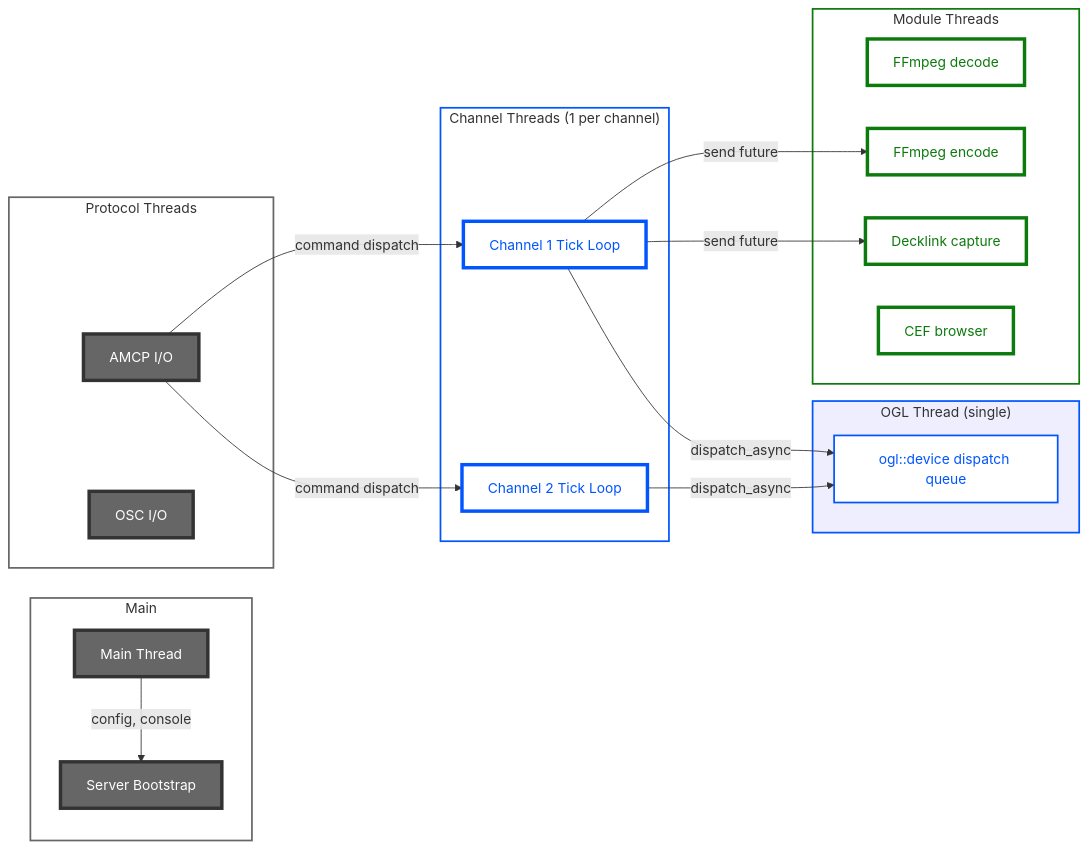
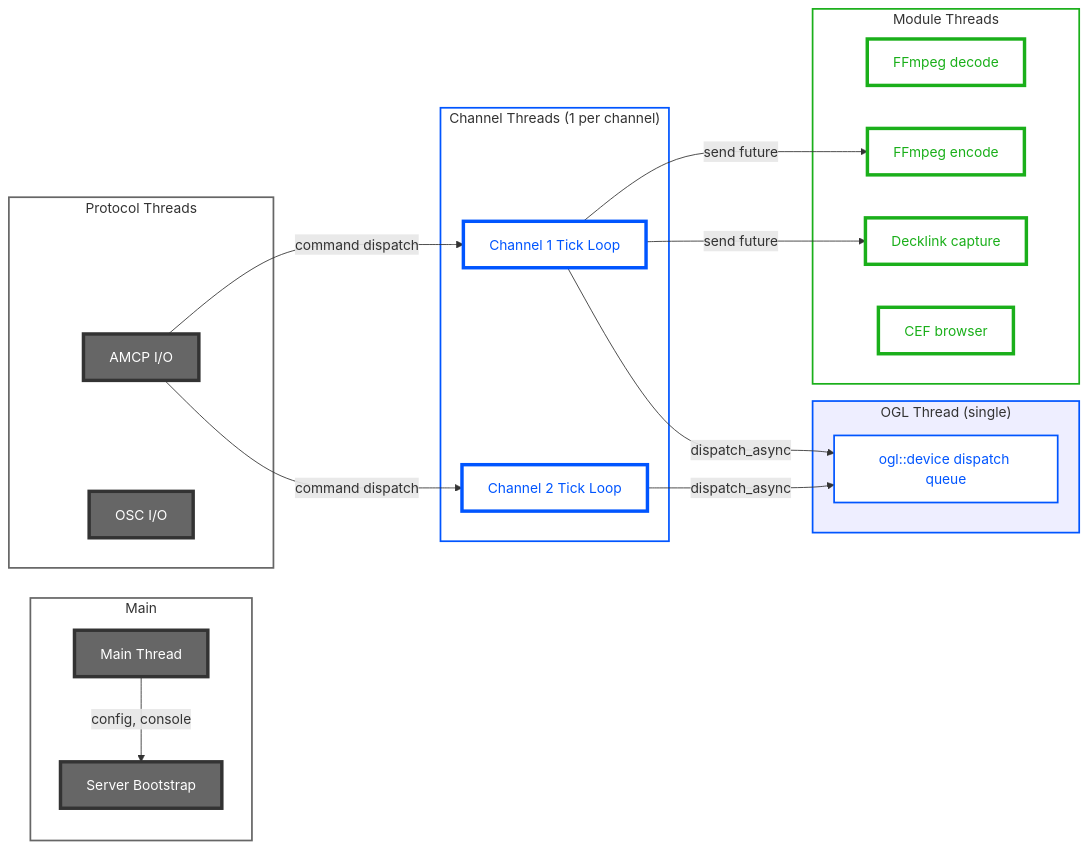
Before and after one commit to den-frie-vilje/casparCG: the third of 10 diagrams in docs/architecture.md, drawn with Mermaid. The commit also changed other lines of this file, not shown here.

Commit message:
docs: style all sequence diagrams and OpenGL diagram

````diff
--- a/docs/architecture.md
+++ b/docs/architecture.md
@@ -173,50 +174,50 @@
 ```mermaid
 graph LR
     classDef coreNode fill:#FFF,color:#0055FF,stroke:#0055FF,stroke-width:4px
-    classDef moduleNode fill:#FFF,color:#0D7A0D,stroke:#0D7A0D,stroke-width:4px
+    classDef moduleNode fill:#FFF,color:#1AAF1A,stroke:#1AAF1A,stroke-width:4px
     classDef gpuNode fill:#FFF,color:#0055FF,stroke:#0055FF,stroke-width:2px
     classDef ctrlNode fill:#666,color:#FFF,stroke:#333,stroke-width:4px
     classDef sgCore stroke:#0055FF,fill:#FFF,stroke-width:2px
-    classDef sgModule stroke:#0D7A0D,fill:#FFF,stroke-width:2px
+    classDef sgModule stroke:#1AAF1A,fill:#FFF,stroke-width:2px
     classDef sgGpu stroke:#0055FF,fill:#EEF,stroke-width:2px
     classDef sgCtrl stroke:#666,fill:#FFF,stroke-width:2px
 
     subgraph Main
         MT[Main Thread]:::ctrlNode
         MT -->|config, console| BOOT[Server Bootstrap]:::ctrlNode
     end
 
     subgraph ChannelThreads["Channel Threads (1 per channel)"]
         CH1[Channel 1 Tick Loop]:::coreNode
         CH2[Channel 2 Tick Loop]:::coreNode
     end
 
     subgraph GPU["OGL Thread (single)"]
         GL[ogl::device dispatch queue]:::gpuNode
     end
 
     subgraph Protocol["Protocol Threads"]
         AMCP_T[AMCP I/O]:::ctrlNode
         OSC_T[OSC I/O]:::ctrlNode
     end
 
     subgraph ModuleThreads["Module Threads"]
         FF_DEC[FFmpeg decode]:::moduleNode
         FF_ENC[FFmpeg encode]:::moduleNode
         DL_CAP[Decklink capture]:::moduleNode
         HTML_T[CEF browser]:::moduleNode
     end
 
     CH1 -->|dispatch_async| GL
     CH2 -->|dispatch_async| GL
 
     class Main sgCtrl
     class ChannelThreads sgCore
     class GPU sgGpu
     class Protocol sgCtrl
     class ModuleThreads sgModule
     AMCP_T -->|command dispatch| CH1
     AMCP_T -->|command dispatch| CH2
     CH1 -->|send future| FF_ENC
     CH1 -->|send future| DL_CAP
 ```
````
